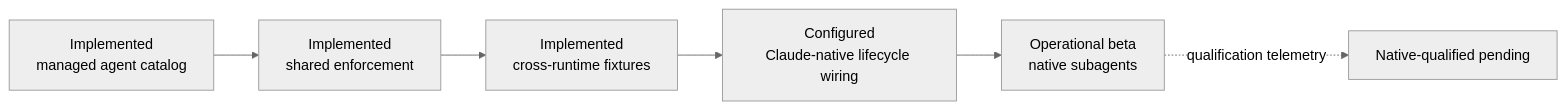
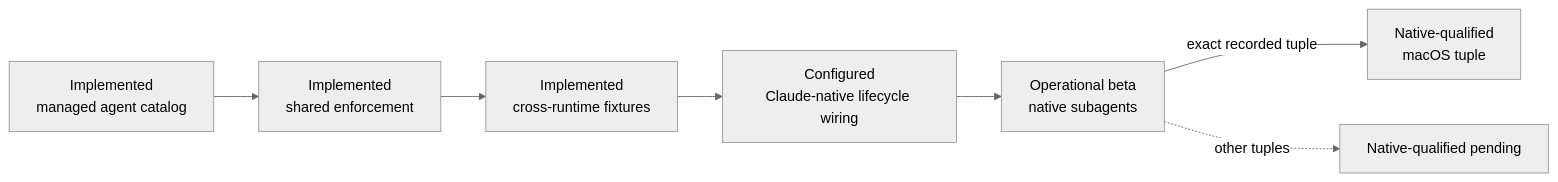
Before and after one commit to agentic-os-brasil/bcg-brasil-agentic-os: the diagram in adapters/claude/README.md, drawn with Mermaid (neutral theme). The commit also changed other lines of this file and 82 other files, not shown here.

````diff
--- a/adapters/claude/README.md
+++ b/adapters/claude/README.md
@@ -75,8 +75,9 @@
 ```mermaid
 flowchart LR
     Catalog["Implemented<br/>managed agent catalog"] --> Adapter["Implemented<br/>shared enforcement"]
     Adapter --> Fixtures["Implemented<br/>cross-runtime fixtures"]
     Fixtures --> Wiring["Configured<br/>Claude-native lifecycle wiring"]
     Wiring --> Active["Operational beta<br/>native subagents"]
-    Active -.->|qualification telemetry| Pending["Native-qualified pending"]
+    Active -->|exact recorded tuple| Qualified["Native-qualified<br/>macOS tuple"]
+    Active -.->|other tuples| Pending["Native-qualified pending"]
 ```
````
